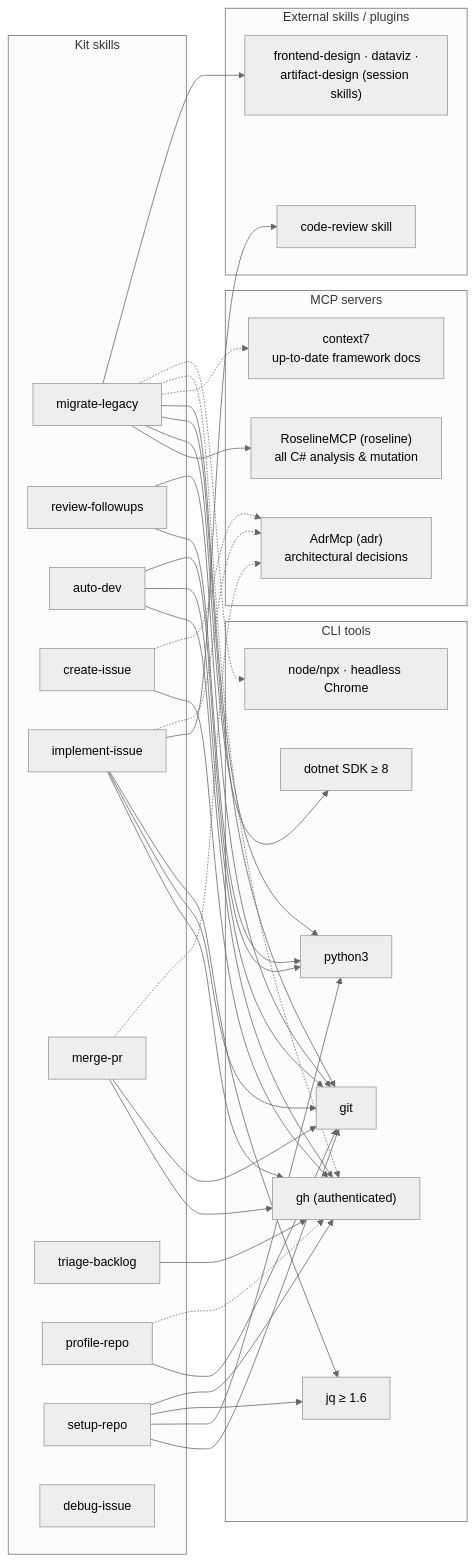
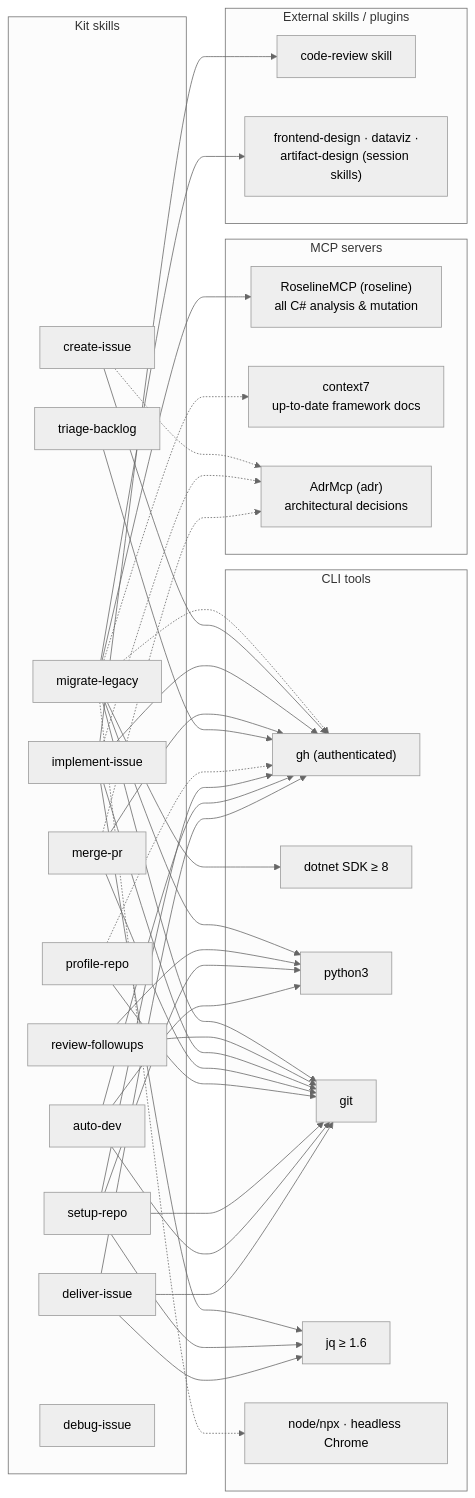
The second of 2 diagrams in ARCHITECTURE.md (phmatray/ai-migration-kit), drawn with Mermaid (neutral theme) before and after one commit. The commit also changed other lines of this file and 12 other files, not shown here.

First line of the commit message:
feat(skills): deliver-issue takes one idea or issue to a merged PR, each phase in a fresh sub-agent (#396) (#399)

````diff
--- a/ARCHITECTURE.md
+++ b/ARCHITECTURE.md
@@ -106,74 +112,79 @@
 ```mermaid
 graph LR
     subgraph skills ["Kit skills"]
         ML[migrate-legacy]
         RF[review-followups]
         AD[auto-dev]
+        DL[deliver-issue]
         CI[create-issue]
         II[implement-issue]
         MP[merge-pr]
         TB[triage-backlog]
         RP[profile-repo]
         SR[setup-repo]
         DI[debug-issue]
     end
 
     subgraph mcp ["MCP servers"]
         ROS["RoselineMCP (roseline)<br>all C# analysis & mutation"]
         C7["context7<br>up-to-date framework docs"]
         ADR["AdrMcp (adr)<br>architectural decisions"]
     end
 
     subgraph ext ["External skills / plugins"]
         CR["code-review skill"]
         FD["frontend-design · dataviz ·<br>artifact-design (session skills)"]
     end
 
     subgraph tools ["CLI tools"]
         GH["gh (authenticated)"]
         DN["dotnet SDK ≥ 8"]
         PY["python3"]
         GIT["git"]
         JQ["jq ≥ 1.6"]
         NODE["node/npx · headless Chrome"]
     end
 
     ML --> ROS
     ML --> DN
     ML --> GIT
     ML --> PY
     ML -.-> C7
     ML -.-> GH
     ML -.-> NODE
     ML --> FD
 
     RF --> PY
     RF --> GIT
 
     CI --> GH
     CI -.-> ADR
 
     II --> GH
     II --> GIT
     II --> JQ
     II --> CR
     II -.-> ADR
 
     MP --> GH
     MP --> GIT
     MP -.-> ADR
 
     TB --> GH
 
     RP --> GIT
     RP -.-> GH
 
     SR --> GIT
     SR --> PY
     SR --> JQ
     SR --> GH
 
     AD --> GH
     AD --> GIT
     AD --> PY
+
+    DL --> GH
+    DL --> GIT
+    DL --> JQ
 ```
````
